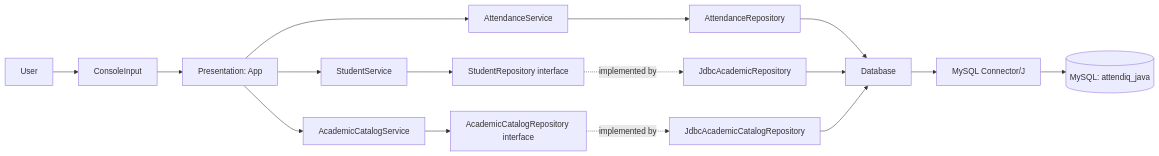
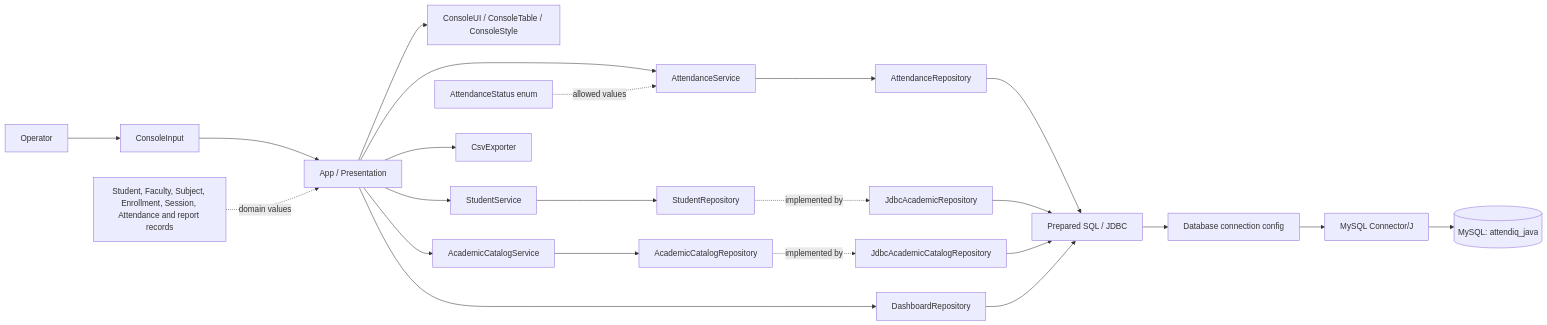
Before and after one commit to vishweshwaranbalasundaram/Attend-IQ: the first of 3 diagrams in README.md, drawn with Mermaid. The commit also changed other lines of this file and 10 other files, not shown here.

````diff
--- a/README.md
+++ b/README.md
@@ -24,18 +82,25 @@
 ```mermaid
 flowchart LR
-	User[User] --> Input[ConsoleInput]
-	Input --> App[Presentation: App]
-	App --> AttendanceService
-	App --> StudentService
-	App --> CatalogService[AcademicCatalogService]
-	AttendanceService --> AttendanceRepository
-	StudentService --> StudentPort[StudentRepository interface]
-	StudentPort -. implemented by .-> JdbcStudent[JdbcAcademicRepository]
-	CatalogService --> CatalogPort[AcademicCatalogRepository interface]
-	CatalogPort -. implemented by .-> JdbcCatalog[JdbcAcademicCatalogRepository]
-	AttendanceRepository --> Database[Database]
-	JdbcStudent --> Database
-	JdbcCatalog --> Database
-	Database --> Connector[MySQL Connector/J]
-	Connector --> MySQL[(MySQL: attendiq_java)]
+    Operator[Operator] --> Input[ConsoleInput]
+    Input --> App[App / Presentation]
+    App --> UI[ConsoleUI / ConsoleTable / ConsoleStyle]
+    App --> AttendanceService
+    App --> StudentService
+    App --> CatalogService[AcademicCatalogService]
+    App --> Dashboard[DashboardRepository]
+    App --> CSV[CsvExporter]
+    AttendanceService --> AttendancePort[AttendanceRepository]
+    StudentService --> StudentPort[StudentRepository]
+    CatalogService --> CatalogPort[AcademicCatalogRepository]
+    AttendancePort --> JDBC[Prepared SQL / JDBC]
+    StudentPort -. implemented by .-> StudentJdbc[JdbcAcademicRepository]
+    CatalogPort -. implemented by .-> CatalogJdbc[JdbcAcademicCatalogRepository]
+    StudentJdbc --> JDBC
+    CatalogJdbc --> JDBC
+    Dashboard --> JDBC
+    JDBC --> Database[Database connection config]
+    Database --> Connector[MySQL Connector/J]
+    Connector --> MySQL[(MySQL: attendiq_java)]
+    Services[Student, Faculty, Subject, Enrollment, Session, Attendance and report records] -. domain values .-> App
+    Status[AttendanceStatus enum] -. allowed values .-> AttendanceService
 ```
````
